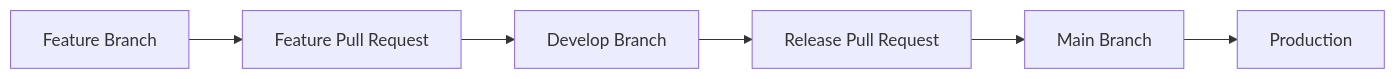
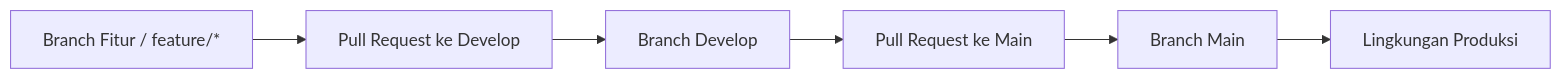
The tenth of 10 diagrams in docs/architecture.md (ZyxxBoy/cashierflow), drawn with Mermaid before and after one commit. The commit also changed other lines of this file and 7 other files, not shown here.

````diff
--- a/docs/architecture.md
+++ b/docs/architecture.md
@@ -809,15 +751,15 @@
 ```mermaid
 flowchart LR
-    FEATURE[Feature Branch]
-    PR1[Feature Pull Request]
-    DEVELOP[Develop Branch]
-    PR2[Release Pull Request]
-    MAIN[Main Branch]
-    PROD[Production]
+    FEATURE[Branch Fitur / feature/*]
+    PR1[Pull Request ke Develop]
+    DEVELOP[Branch Develop]
+    PR2[Pull Request ke Main]
+    MAIN[Branch Main]
+    PROD[Lingkungan Produksi]
 
     FEATURE --> PR1
     PR1 --> DEVELOP
     DEVELOP --> PR2
     PR2 --> MAIN
     MAIN --> PROD
 ```
````
